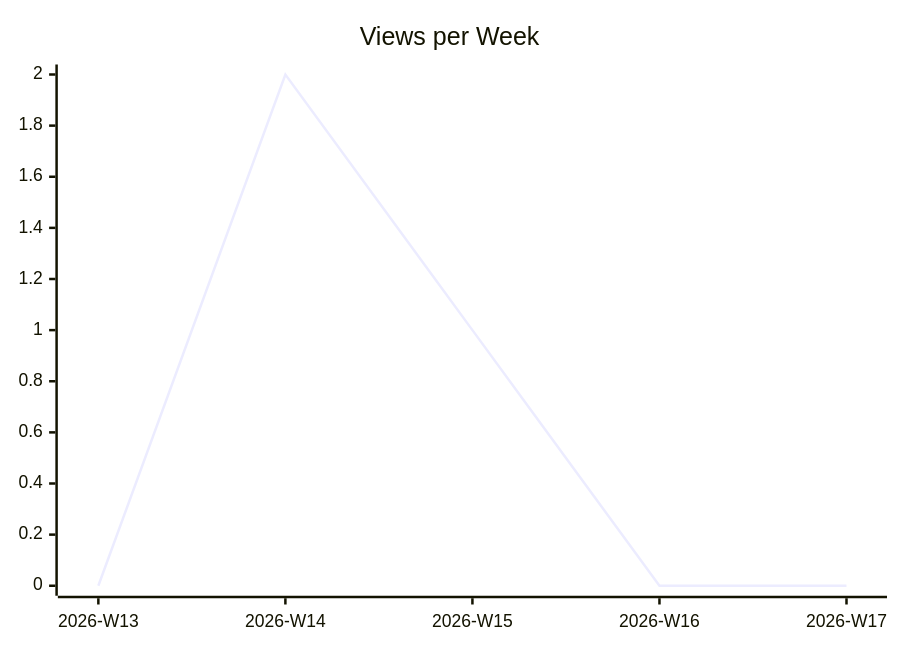
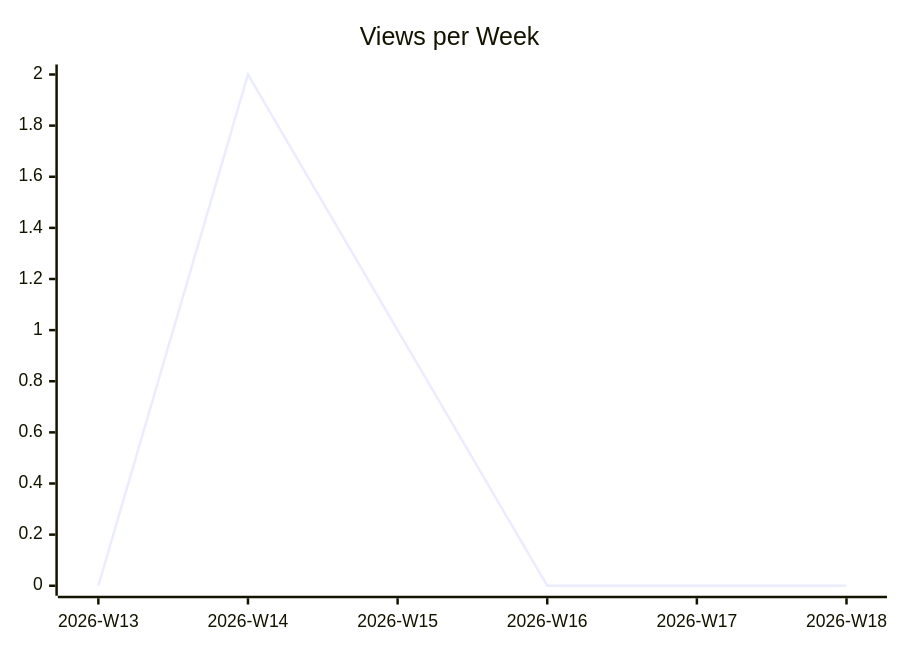
One commit to justdavis-family/github-analytics-data changed the second of 3 diagrams in karlmdavis/justdavis-ansible/README.md. Above: the diagram before and after it, drawn with Mermaid. The commit also changed other lines of this file and 184 other files, not shown here.

````diff
--- a/karlmdavis/justdavis-ansible/README.md
+++ b/karlmdavis/justdavis-ansible/README.md
@@ -12,6 +12,6 @@
 ```mermaid
 xychart-beta
   title "Views per Week"
-  x-axis ["2026-W13", "2026-W14", "2026-W15", "2026-W16", "2026-W17"]
-  line [0, 2, 1, 0, 0]
+  x-axis ["2026-W13", "2026-W14", "2026-W15", "2026-W16", "2026-W17", "2026-W18"]
+  line [0, 2, 1, 0, 0, 0]
 ```
````
